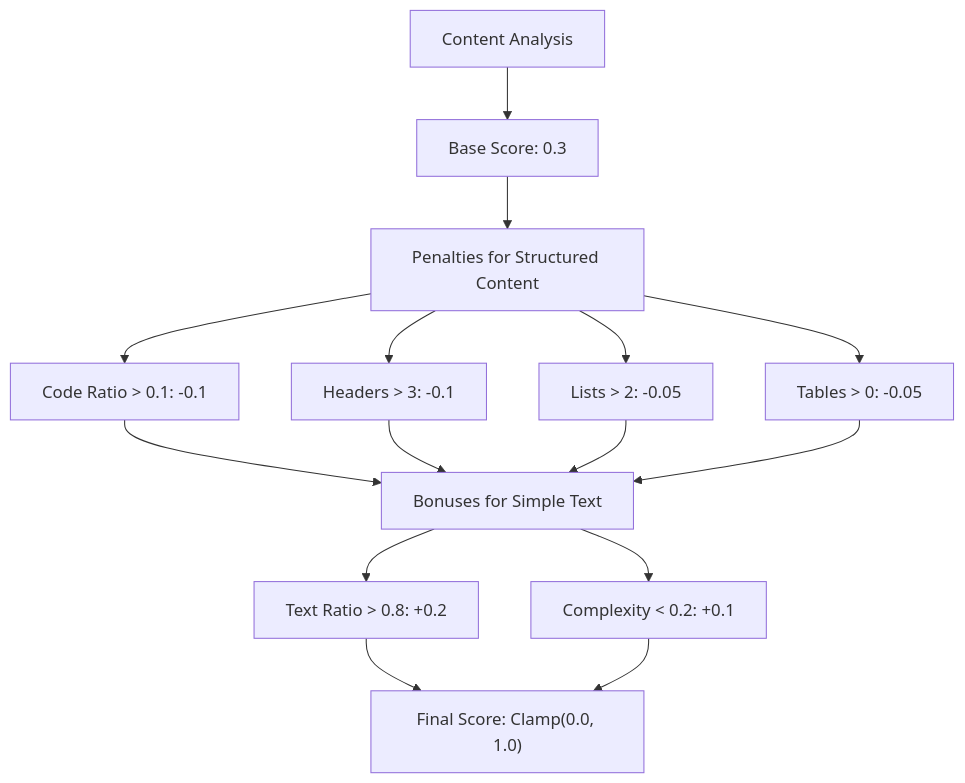
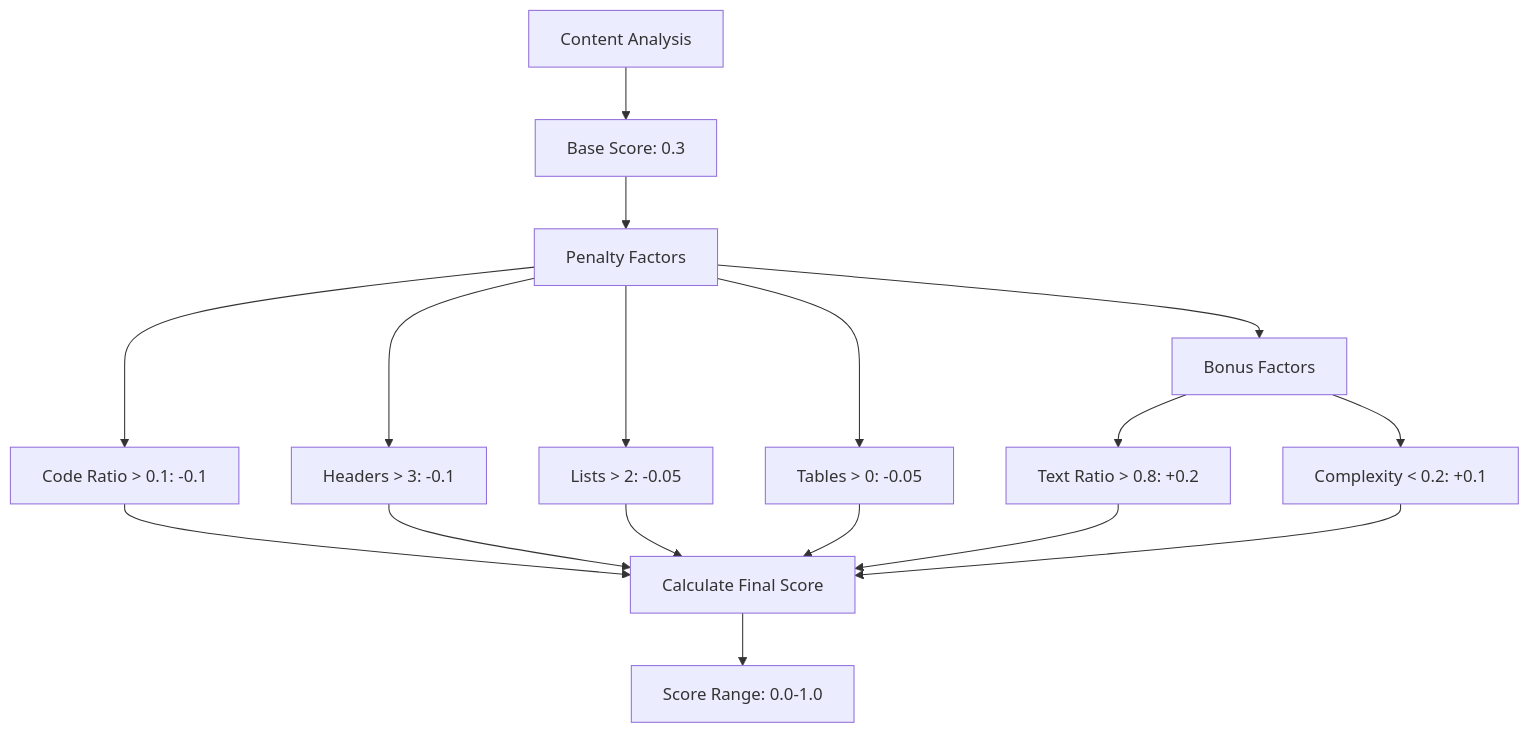
Before and after one commit to asukhodko/dify-markdown-chunker: the sixth of 10 diagrams in .qoder/repowiki/en/content/Chunking Strategies/Sentences Strategy.md, drawn with Mermaid. The commit also changed other lines of this file and 205 other files, not shown here.

````diff
--- a/.qoder/repowiki/en/content/Chunking Strategies/Sentences Strategy.md
+++ b/.qoder/repowiki/en/content/Chunking Strategies/Sentences Strategy.md
@@ -166,17 +251,19 @@
 ```mermaid
 flowchart TD
 A["Content Analysis"] --> B["Base Score: 0.3"]
-B --> C["Penalties for Structured Content"]
+B --> C["Penalty Factors"]
 C --> D["Code Ratio > 0.1: -0.1"]
 C --> E["Headers > 3: -0.1"]
 C --> F["Lists > 2: -0.05"]
 C --> G["Tables > 0: -0.05"]
-D --> H["Bonuses for Simple Text"]
-E --> H
-F --> H
-G --> H
+C --> H["Bonus Factors"]
 H --> I["Text Ratio > 0.8: +0.2"]
 H --> J["Complexity < 0.2: +0.1"]
-I --> K["Final Score: Clamp(0.0, 1.0)"]
+D --> K["Calculate Final Score"]
+E --> K
+F --> K
+G --> K
+I --> K
 J --> K
+K --> L["Score Range: 0.0-1.0"]
 ```
````
